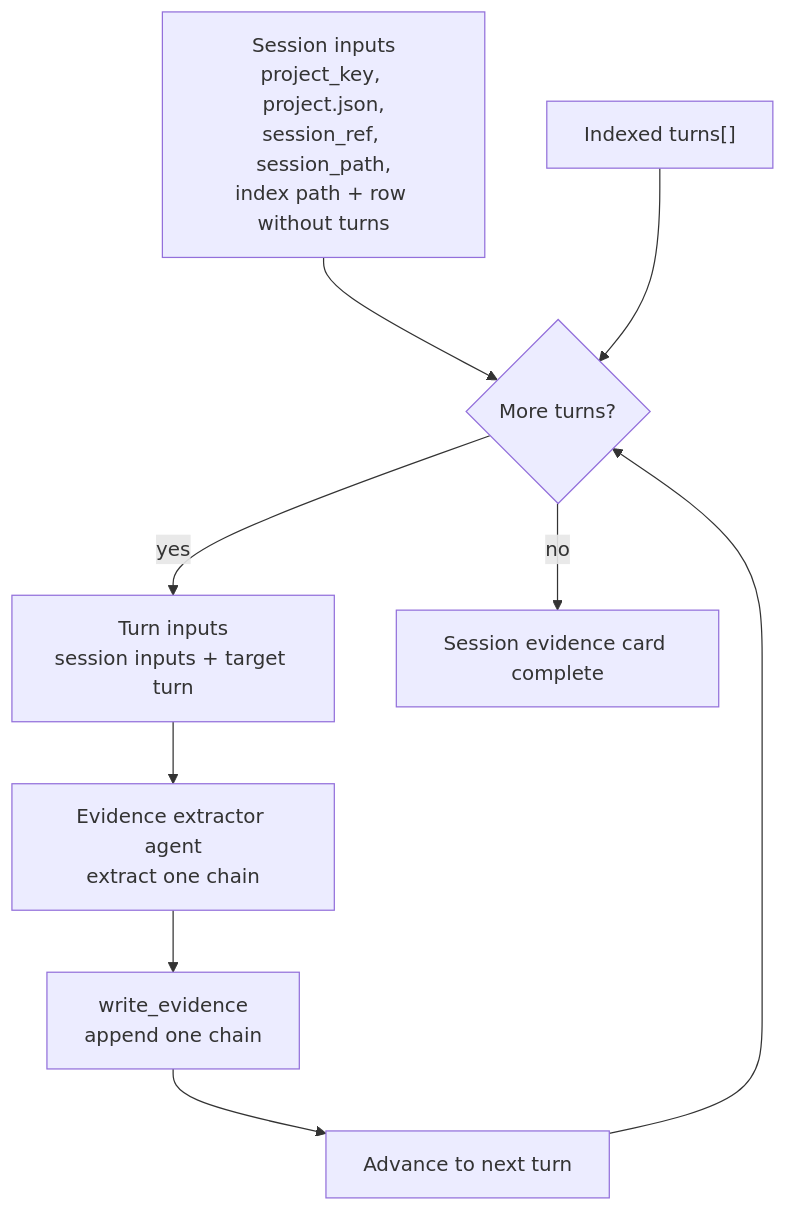
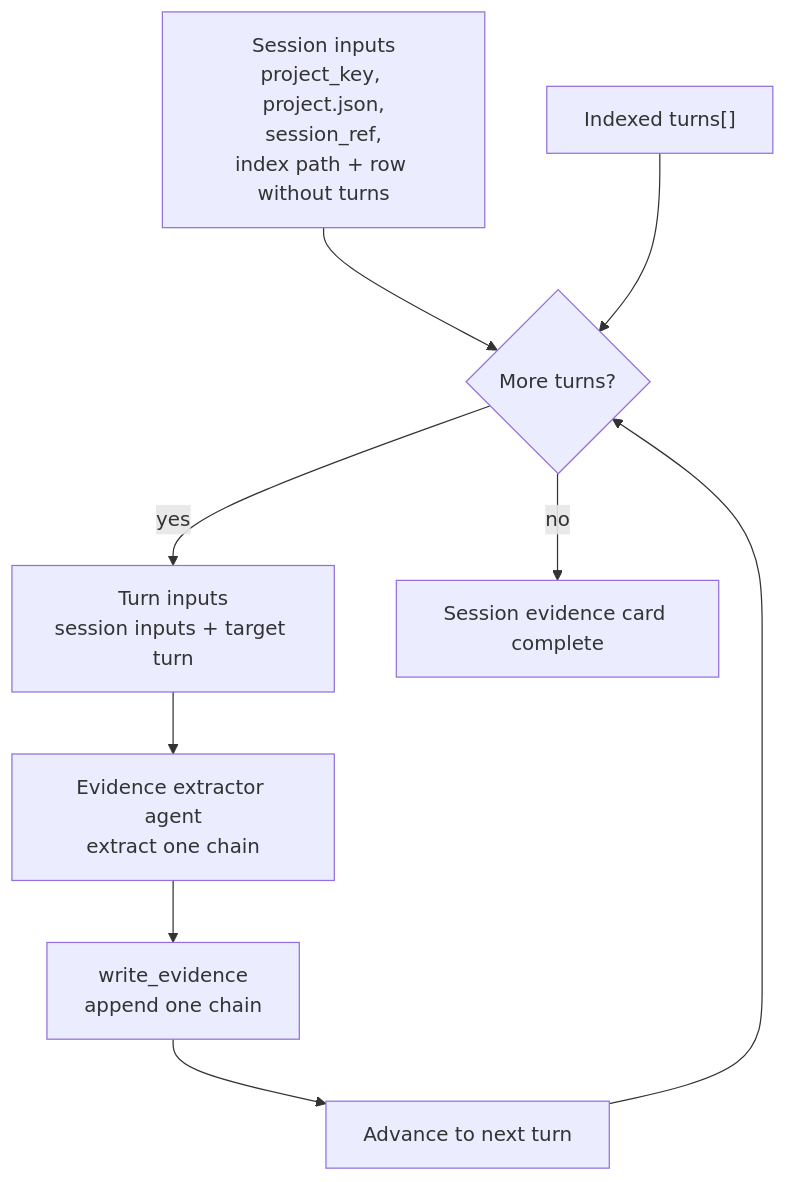
One commit to OptimalCNC/prompt-diary changed the diagram in docs/src/generate/evidence-contract.md. Above: the diagram before and after it, drawn with Mermaid. The commit also changed other lines of this file and 2 other files, not shown here.

````diff
--- a/docs/src/generate/evidence-contract.md
+++ b/docs/src/generate/evidence-contract.md
@@ -48,20 +48,20 @@
 ```mermaid
 flowchart TD
-    inputs["Session inputs<br/>project_key, project.json,<br/>session_ref, session_path,<br/>index path + row without turns"]
+    inputs["Session inputs<br/>project_key, project.json,<br/>session_ref,<br/>index path + row without turns"]
     turns["Indexed turns[]"]
     more{"More turns?"}
     prompt["Turn inputs<br/>session inputs + target turn"]
     agent["Evidence extractor agent<br/>extract one chain"]
     write["write_evidence<br/>append one chain"]
     next["Advance to next turn"]
     done["Session evidence card complete"]
 
     inputs --> more
     turns --> more
     more -->|yes| prompt
     prompt --> agent
     agent --> write
     write --> next
     next --> more
     more -->|no| done
 ```
````
